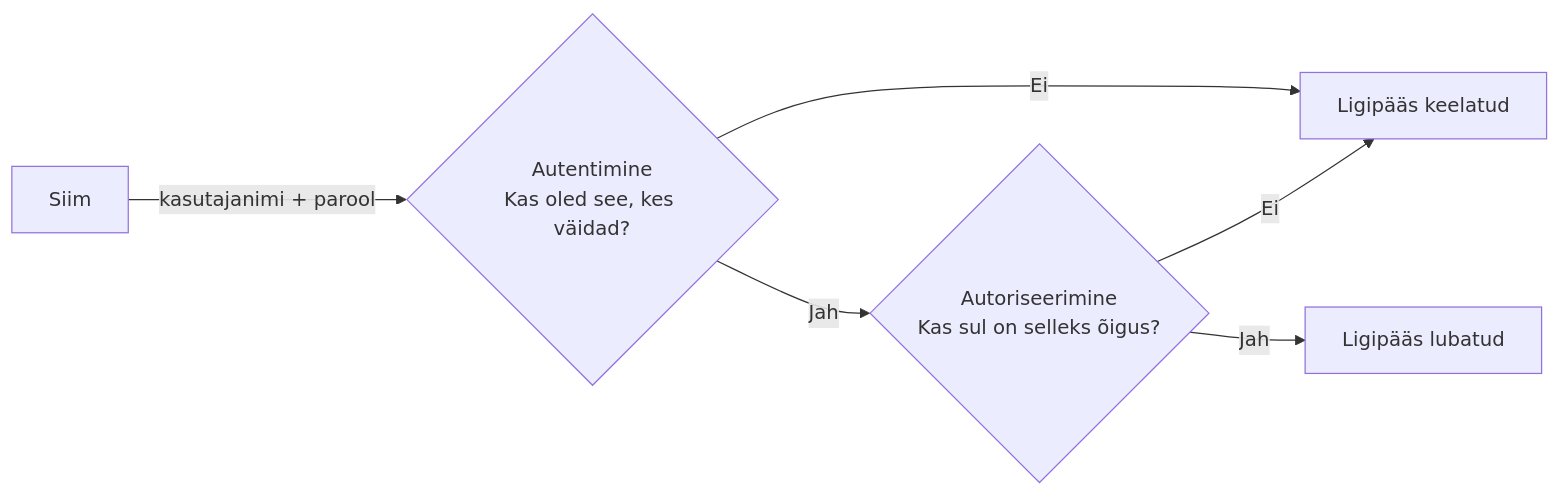
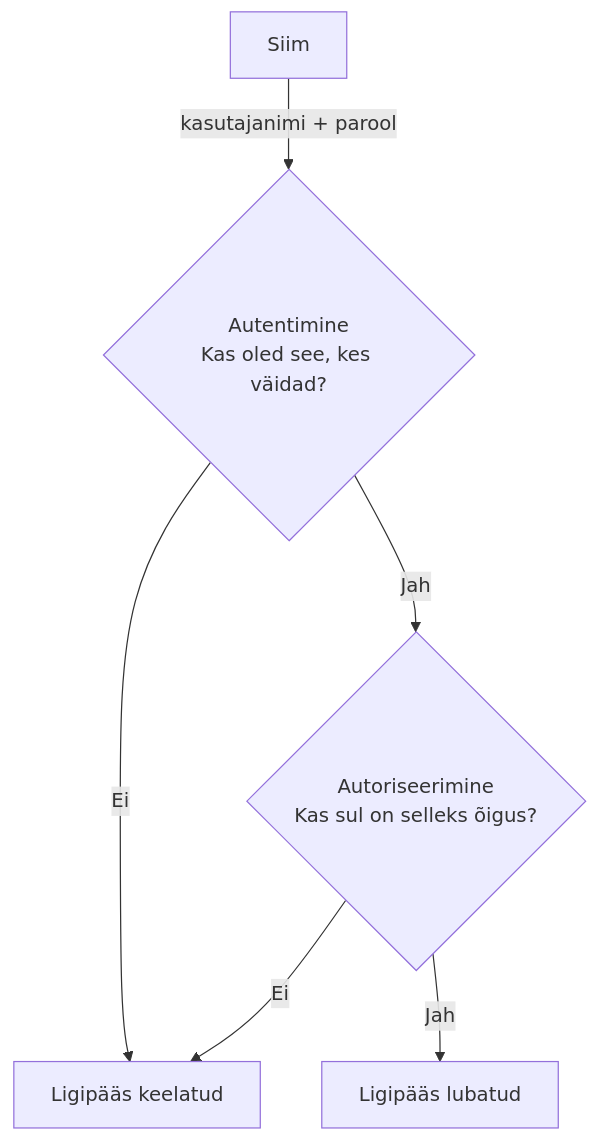
Before and after one commit to vikatgen/oppematerjalid: the diagram in docs/kuberturvalisus/kontod-ja-oigused.md, drawn with Mermaid. The commit also changed 17 other files, not shown here.

````diff
--- a/docs/kuberturvalisus/kontod-ja-oigused.md
+++ b/docs/kuberturvalisus/kontod-ja-oigused.md
@@ -27,8 +27,8 @@
 ```mermaid
-flowchart LR
+flowchart TD
     A[Siim] -->|kasutajanimi + parool| B{Autentimine<br/>Kas oled see, kes väidad?}
     B -- Ei --> X[Ligipääs keelatud]
     B -- Jah --> C{Autoriseerimine<br/>Kas sul on selleks õigus?}
     C -- Ei --> X
     C -- Jah --> D[Ligipääs lubatud]
 ```
````
